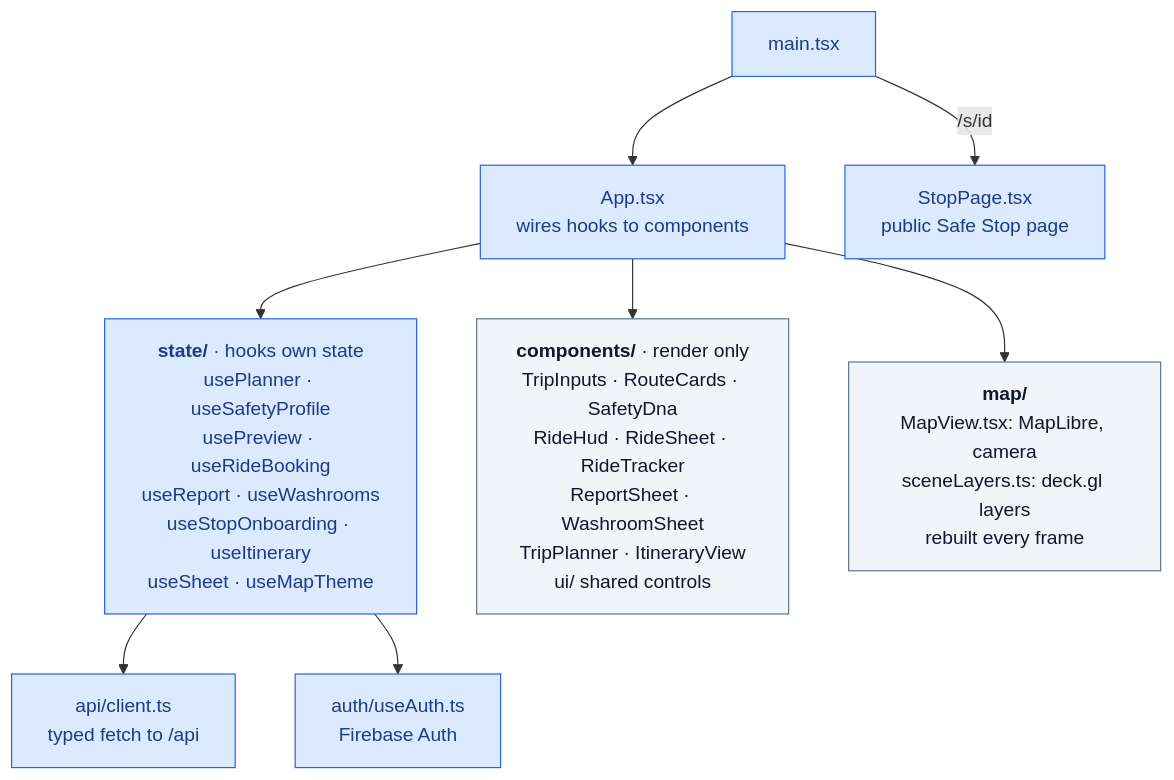
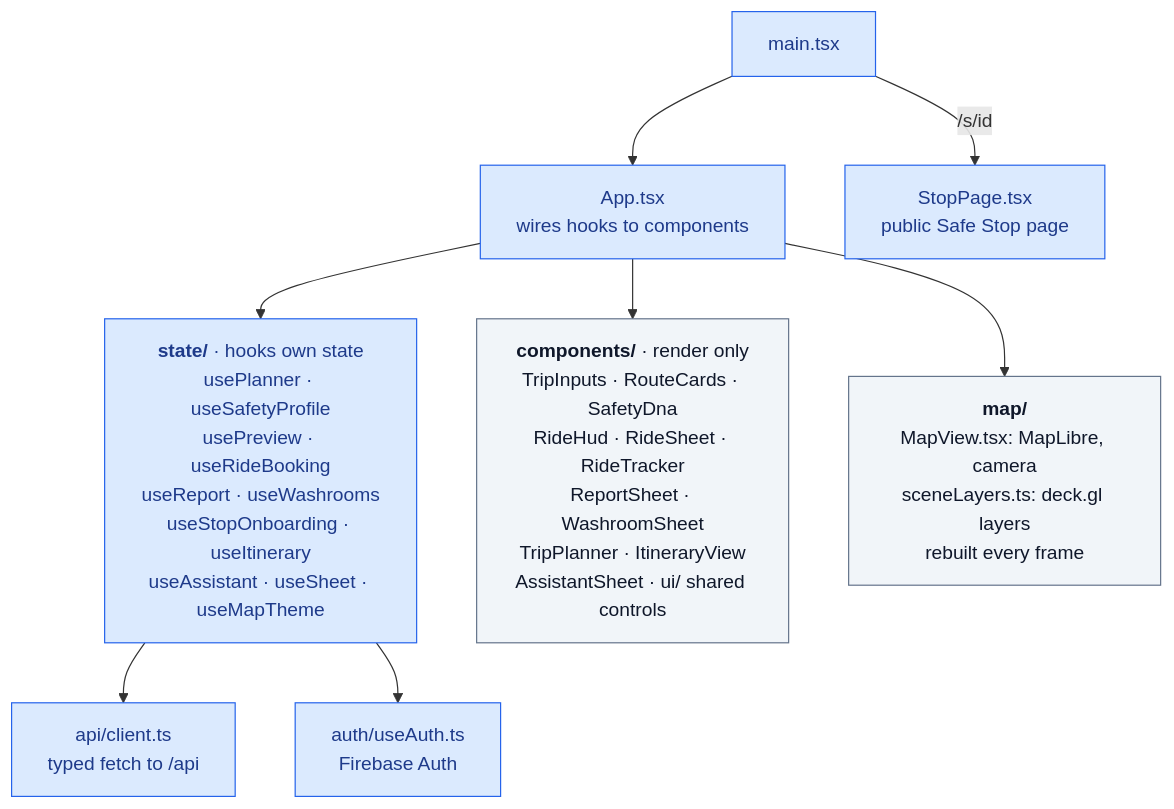
Before and after one commit to Pawandeep24/musafira: diagram 18 of 19 in README.md, drawn with Mermaid. The commit also changed other lines of this file and 33 other files, not shown here.

````diff
--- a/README.md
+++ b/README.md
@@ -700,12 +755,12 @@
 ```mermaid
 flowchart TB
   classDef web fill:#dbeafe,stroke:#2563eb,color:#1e3a8a
   classDef ui fill:#f1f5f9,stroke:#64748b,color:#0f172a
   main["main.tsx"]:::web --> app["App.tsx<br/>wires hooks to components"]:::web
   main -->|"/s/id"| stop["StopPage.tsx<br/>public Safe Stop page"]:::web
-  app --> st["<b>state/</b> · hooks own state<br/>usePlanner · useSafetyProfile<br/>usePreview · useRideBooking<br/>useReport · useWashrooms<br/>useStopOnboarding · useItinerary<br/>useSheet · useMapTheme"]:::web
-  app --> co["<b>components/</b> · render only<br/>TripInputs · RouteCards · SafetyDna<br/>RideHud · RideSheet · RideTracker<br/>ReportSheet · WashroomSheet<br/>TripPlanner · ItineraryView<br/>ui/ shared controls"]:::ui
+  app --> st["<b>state/</b> · hooks own state<br/>usePlanner · useSafetyProfile<br/>usePreview · useRideBooking<br/>useReport · useWashrooms<br/>useStopOnboarding · useItinerary<br/>useAssistant · useSheet · useMapTheme"]:::web
+  app --> co["<b>components/</b> · render only<br/>TripInputs · RouteCards · SafetyDna<br/>RideHud · RideSheet · RideTracker<br/>ReportSheet · WashroomSheet<br/>TripPlanner · ItineraryView<br/>AssistantSheet · ui/ shared controls"]:::ui
   app --> mp["<b>map/</b><br/>MapView.tsx: MapLibre, camera<br/>sceneLayers.ts: deck.gl layers<br/>rebuilt every frame"]:::ui
   st --> api["api/client.ts<br/>typed fetch to /api"]:::web
   st --> auth["auth/useAuth.ts<br/>Firebase Auth"]:::web
 ```
````
